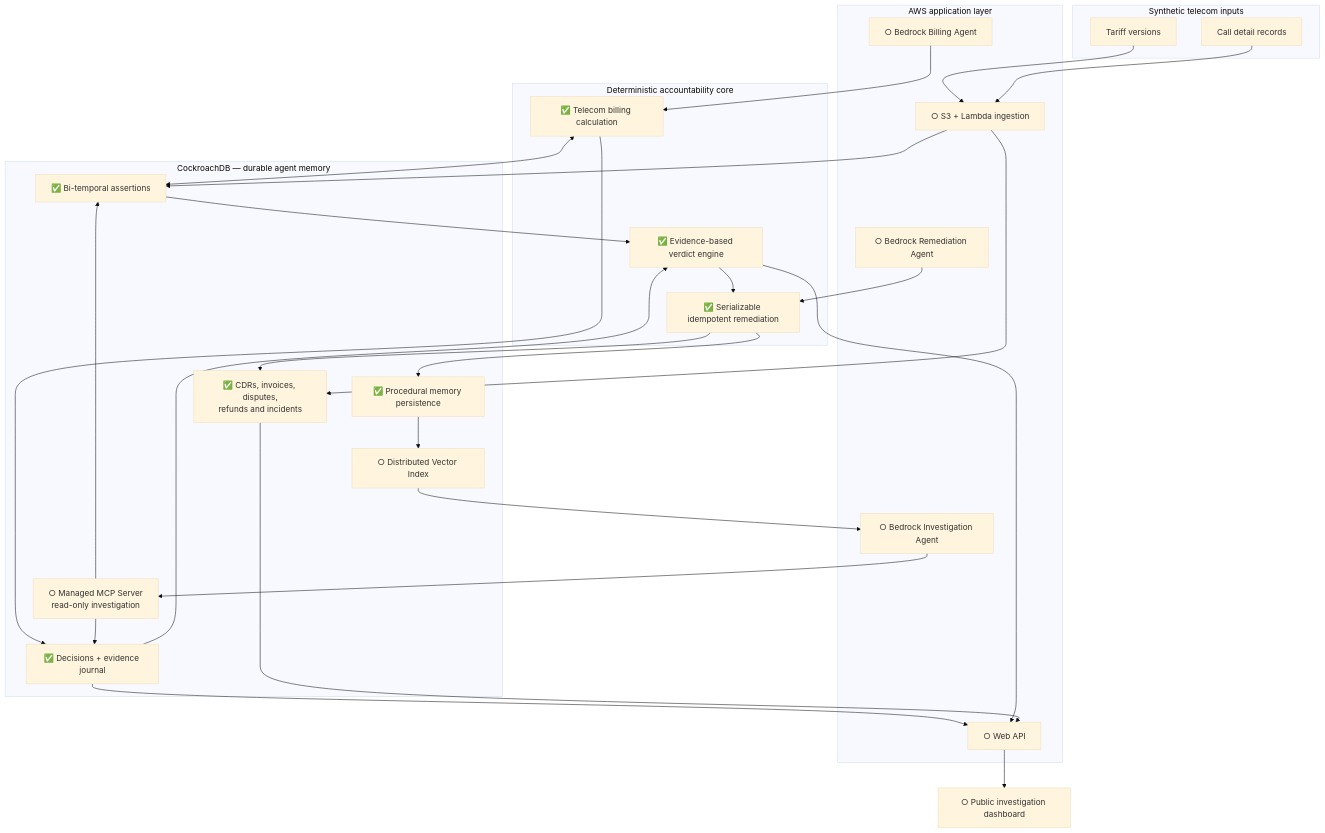
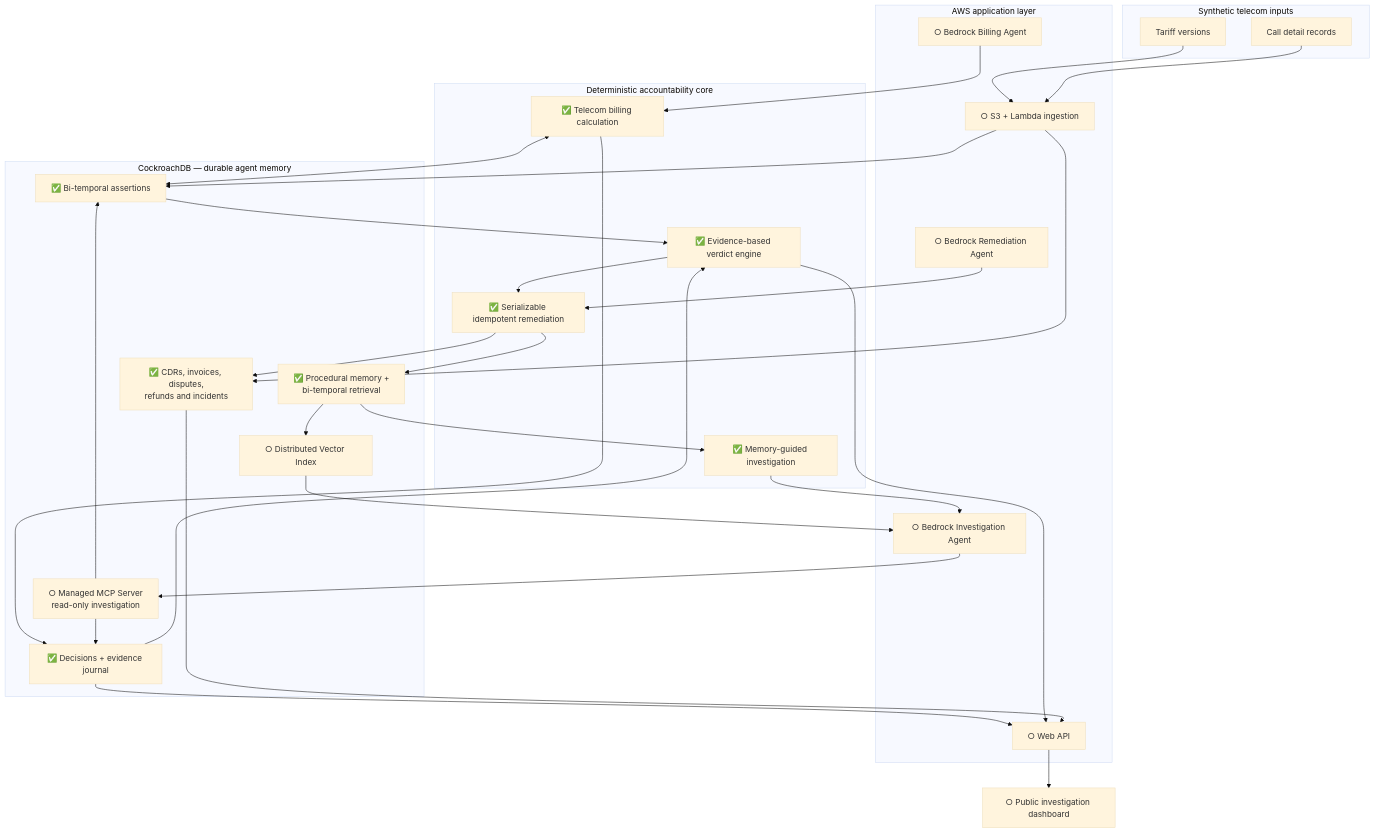
Before and after one commit to Mounir1200/HindSight: the diagram in README.md, drawn with Mermaid (base theme). The commit also changed other lines of this file and 7 other files, not shown here.

Commit message:
feat: reuse procedural memory in follow-up investigations

````diff
--- a/README.md
+++ b/README.md
@@ -72,59 +77,62 @@
 ```mermaid
 flowchart TB
     subgraph INPUTS["Synthetic telecom inputs"]
         TARIFFS["Tariff versions"]
         CDRS["Call detail records"]
     end
 
     subgraph AWS["AWS application layer"]
         INGEST["○ S3 + Lambda ingestion"]
         BILLING_AGENT["○ Bedrock Billing Agent"]
         INVESTIGATION_AGENT["○ Bedrock Investigation Agent"]
         REMEDIATION_AGENT["○ Bedrock Remediation Agent"]
         API["○ Web API"]
     end
 
     subgraph CORE["Deterministic accountability core"]
         BILLING["✅ Telecom billing calculation"]
         VERDICT["✅ Evidence-based verdict engine"]
         REMEDIATION["✅ Serializable idempotent remediation"]
+        GUIDANCE["✅ Memory-guided investigation"]
     end
 
     subgraph CRDB["CockroachDB — durable agent memory"]
         ASSERTIONS["✅ Bi-temporal assertions"]
         JOURNAL["✅ Decisions + evidence journal"]
         OPERATIONS["✅ CDRs, invoices, disputes,<br/>refunds and incidents"]
-        MEMORY["✅ Procedural memory persistence"]
+        MEMORY["✅ Procedural memory +<br/>bi-temporal retrieval"]
         VECTOR["○ Distributed Vector Index"]
         MCP["○ Managed MCP Server<br/>read-only investigation"]
     end
 
     DASHBOARD["○ Public investigation dashboard"]
 
     TARIFFS --> INGEST
     CDRS --> INGEST
     INGEST --> ASSERTIONS
     INGEST --> OPERATIONS
 
     BILLING_AGENT --> BILLING
     BILLING <--> ASSERTIONS
     BILLING --> JOURNAL
 
     INVESTIGATION_AGENT --> MCP
     MCP --> ASSERTIONS
     MCP --> JOURNAL
     ASSERTIONS --> VERDICT
     JOURNAL --> VERDICT
 
     VERDICT --> REMEDIATION
     REMEDIATION_AGENT --> REMEDIATION
     REMEDIATION --> OPERATIONS
     REMEDIATION --> MEMORY
+    MEMORY --> GUIDANCE
+    GUIDANCE --> INVESTIGATION_AGENT
     MEMORY --> VECTOR
     VECTOR --> INVESTIGATION_AGENT
 
     JOURNAL --> API
     VERDICT --> API
     OPERATIONS --> API
     API --> DASHBOARD
 ```
````
